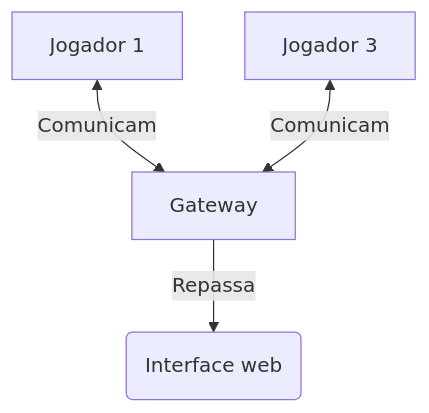
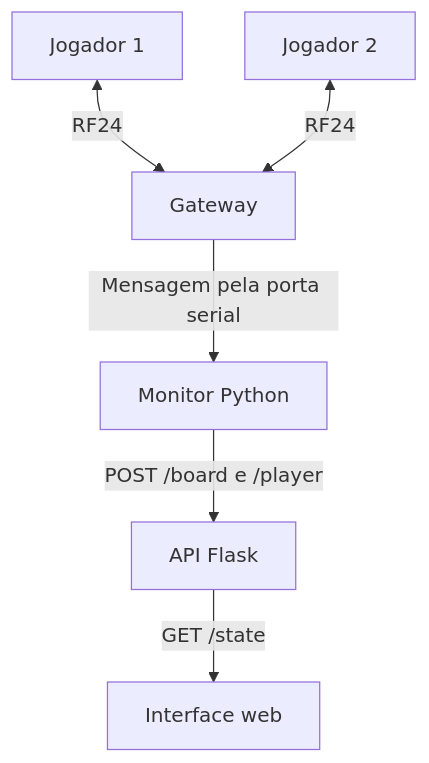
One commit to andre-felipe-wonsik-alves/ardindo changed the second of 4 diagrams in README.md. Above: the diagram before and after it, drawn with Mermaid. The commit also changed other lines of this file and 5 other files, not shown here.

Commit message:
feat: implement game winner, draw and reset flow

````diff
--- a/README.md
+++ b/README.md
@@ -18,7 +18,8 @@
 ```mermaid
 flowchart TD
-    A[Jogador 1] <-->|Comunicam| B(Gateway)
-    C[Jogador 3] <-->|Comunicam| B(Gateway)
-    B[Gateway] --> |Repassa| D(Interface web)
-
+    P1[Jogador 1] <-->|RF24| GW[Gateway]
+    P2[Jogador 2] <-->|RF24| GW
+    GW -->|Mensagem pela porta serial| SERIAL_MONITOR[Monitor Python]
+    SERIAL_MONITOR -->|POST /board e /player| API[API Flask]
+    API -->|GET /state| FRONTEND[Interface web]
 ```
````
